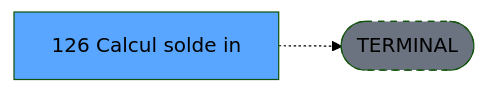
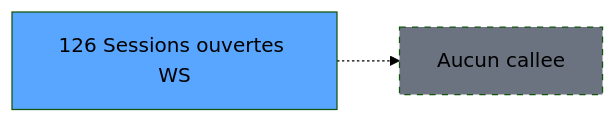
One commit to thonyAGP/magic-migration changed the third of 3 diagrams in .openspec/specs/ADH-IDE-126.md. Above: the diagram before and after it, drawn with Mermaid (forest theme). The commit also changed other lines of this file and 311 other files, not shown here.

````diff
--- a/.openspec/specs/ADH-IDE-126.md
+++ b/.openspec/specs/ADH-IDE-126.md
@@ -144,8 +163,8 @@
 ```mermaid
 graph LR
-    T[126 Calcul solde in]
-    TERM([TERMINAL])
-    T -.-> TERM
-    style TERM fill:#6b7280,stroke-dasharray: 5 5
-    style T fill:#58a6ff,color:#000
+    T126[126 Sessions ouvertes WS]
+    style T126 fill:#58a6ff
+    NONE[Aucun callee]
+    T126 -.-> NONE
+    style NONE fill:#6b7280,stroke-dasharray: 5 5
 ```
````
